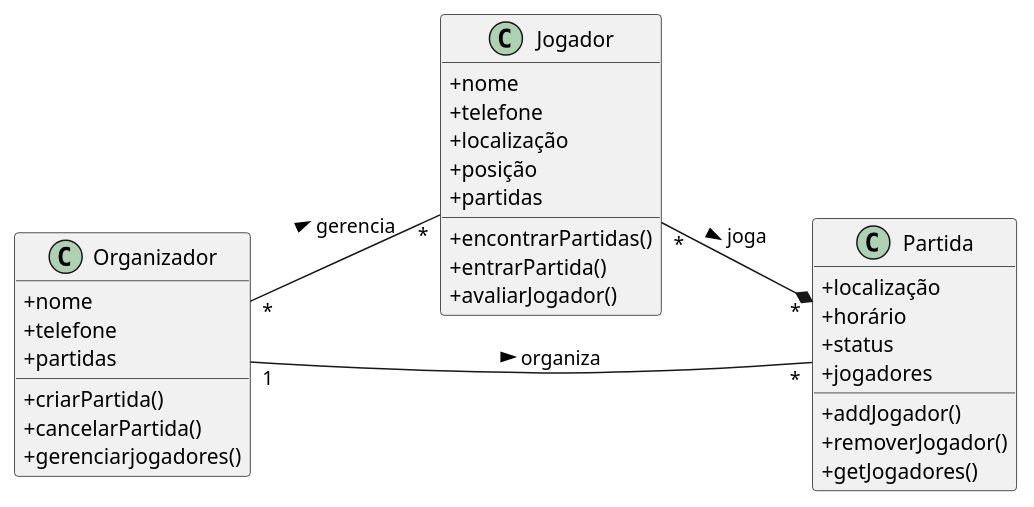
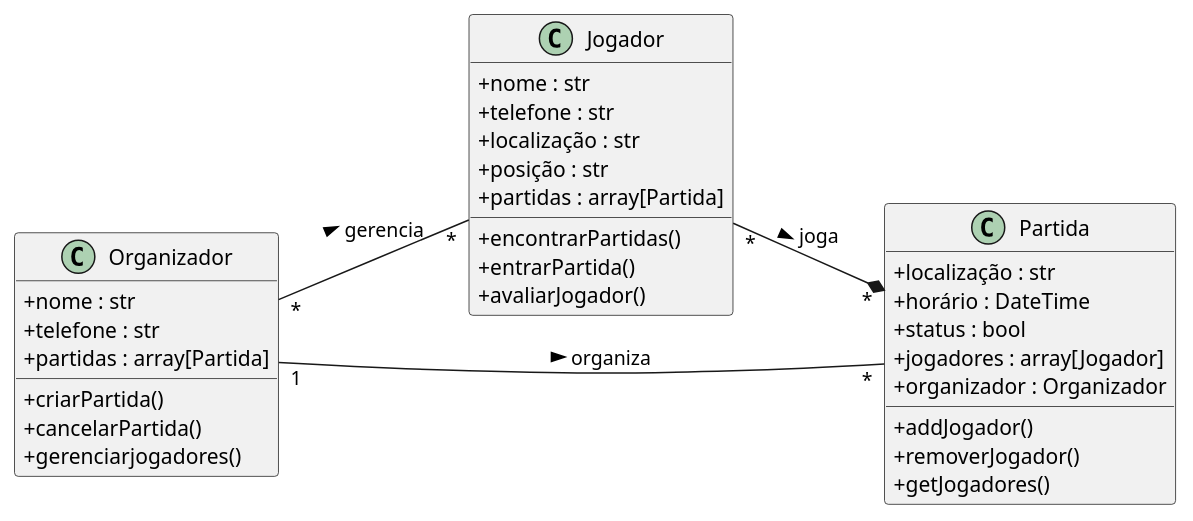
One commit to gtkacz/desenvolvimento-sistemas-ii changed the diagram in domain model.puml. Above: the diagram before and after it, drawn with PlantUML. The commit also changed 1 other file, not shown here.

Commit message:
Adding types to domain model diagram

```diff
--- a/domain model.puml
+++ b/domain model.puml
@@ -1,38 +1,39 @@
 @startuml domainmodel
     left to right direction
     skinparam classAttributeIconSize 0
 
     class Jogador {
-        +nome
-        +telefone
-        +localização
-        +posição
-        +partidas
+        +nome : str
+        +telefone : str
+        +localização : str
+        +posição : str
+        +partidas : array[Partida]
         +encontrarPartidas()
         +entrarPartida()
         +avaliarJogador()
     }
 
     class Organizador {
-        +nome
-        +telefone
-        +partidas
+        +nome : str
+        +telefone : str
+        +partidas : array[Partida]
         +criarPartida()
         +cancelarPartida()
         +gerenciarjogadores()
     }
 
     class Partida {
-        +localização
-        +horário
-        +status
-        +jogadores
+        +localização : str
+        +horário : DateTime
+        +status : bool
+        +jogadores : array[Jogador]
+        +organizador : Organizador
         +addJogador()
         +removerJogador()
         +getJogadores()
     }
 
     Jogador "*" --* "*" Partida : joga >
     Organizador "1" -- "*" Partida : organiza >
     Organizador "*" -- "*" Jogador : gerencia >
 @enduml
```
